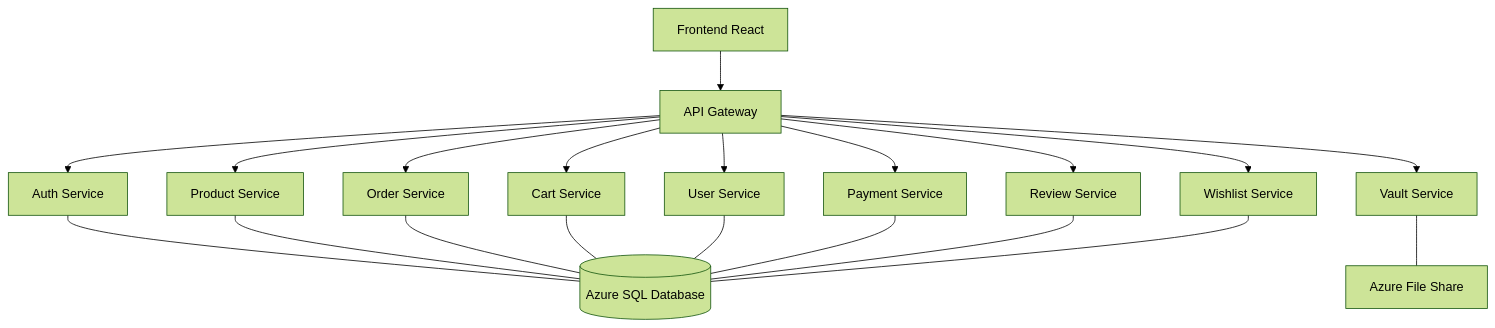
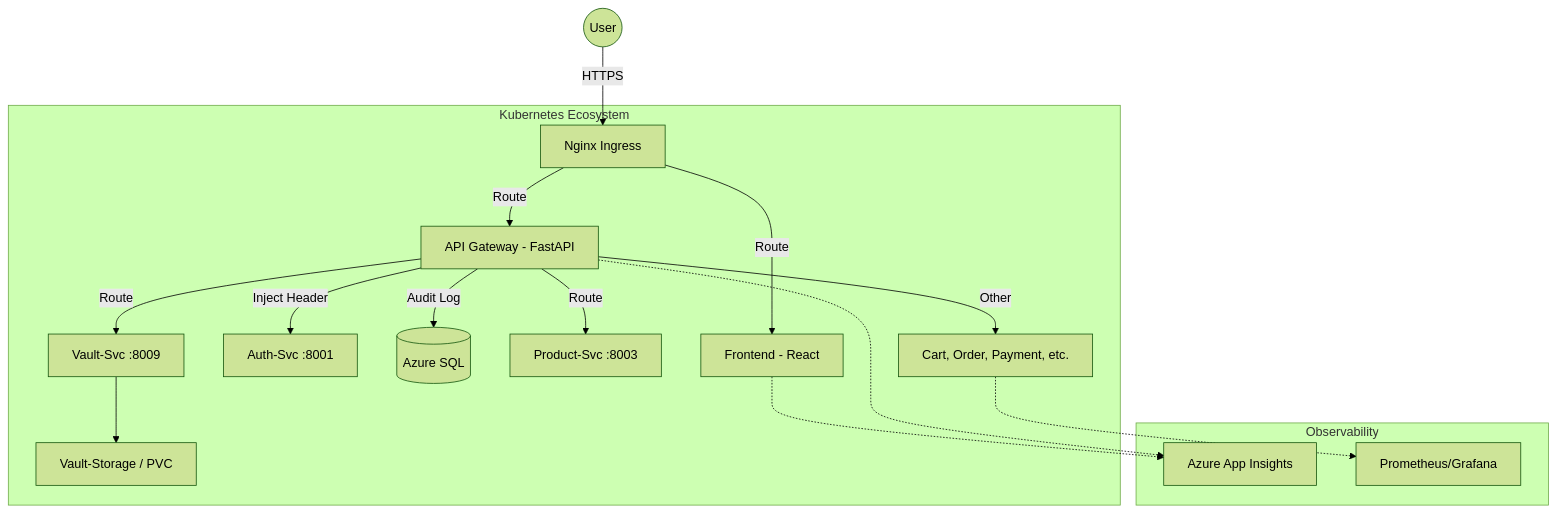
One commit to JPSH123456/Ecommlatest changed the diagram in README.md. Above: the diagram before and after it, drawn with Mermaid (forest theme). The commit also changed other lines of this file and 5 other files, not shown here.

````diff
--- a/README.md
+++ b/README.md
@@ -51,15 +55,23 @@
 ```mermaid
 graph TD
-    A[Frontend React] --> B[API Gateway]
-    B --> C[Auth Service]
-    B --> D[Product Service]
-    B --> E[Order Service]
-    B --> F[Cart Service]
-    B --> G[User Service]
-    B --> H[Vault Service]
-    B --> I[Payment Service]
-    B --> J[Review Service]
-    B --> K[Wishlist Service]
-    C & D & E & F & G & I & J & K --- L[(Azure SQL Database)]
-    H --- M[Azure File Share]
+    User((User)) -->|HTTPS| Ingress[Nginx Ingress]
+    
+    subgraph Cluster [Kubernetes Ecosystem]
+        Ingress -->|Route| FE[Frontend - React]
+        Ingress -->|Route| GW[API Gateway - FastAPI]
+        
+        GW -->|Inject Header| Auth[Auth-Svc :8001]
+        GW -->|Audit Log| SQL[(Azure SQL)]
+        GW -->|Route| Product[Product-Svc :8003]
+        GW -->|Route| Vault[Vault-Svc :8009]
+        GW -->|Other| Services[Cart, Order, Payment, etc.]
+        
+        Vault --> PVC[Vault-Storage / PVC]
+    end
+    
+    subgraph Observability
+        FE -.-> AppInsights[Azure App Insights]
+        GW -.-> AppInsights
+        Services -.-> Prometheus[Prometheus/Grafana]
+    end
 ```
````
